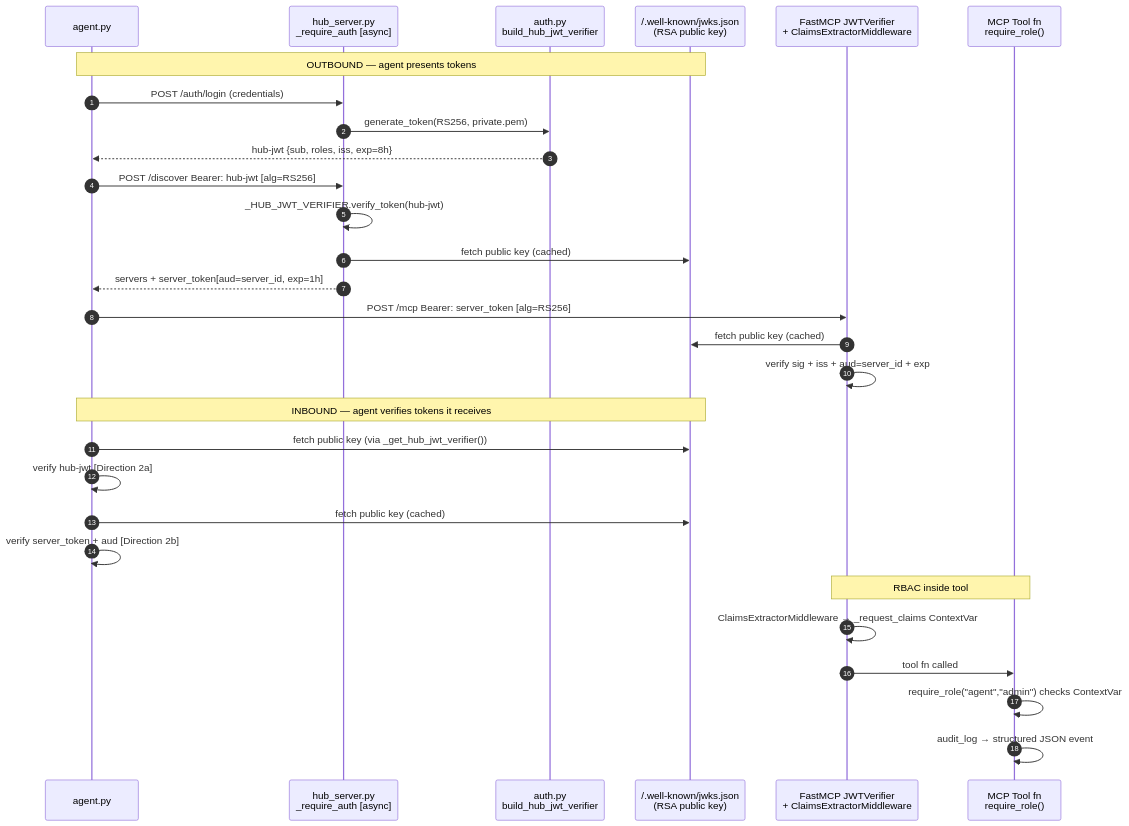
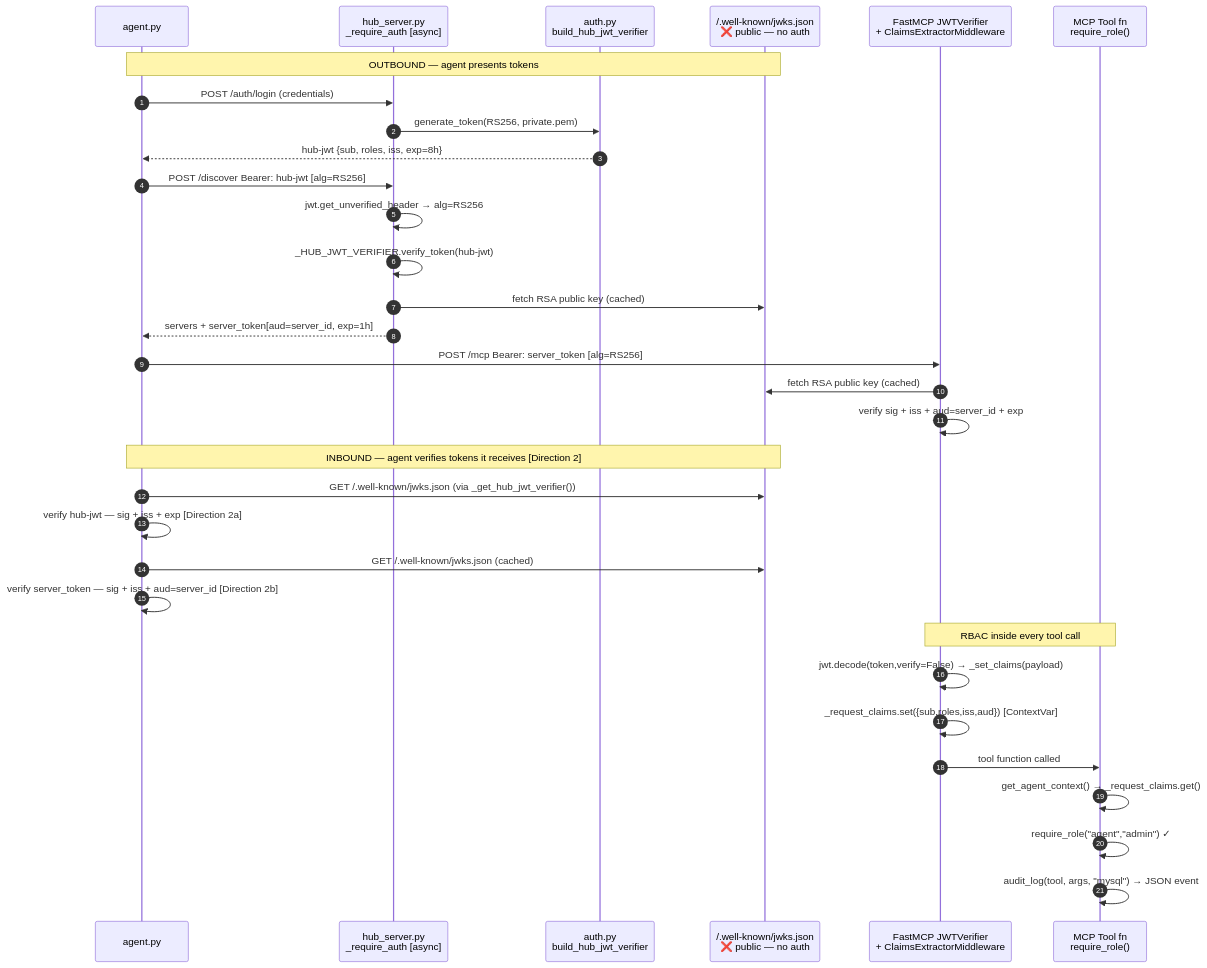
The second of 4 diagrams in CALL_GRAPH.md (manojchevula-acc/agent-mesh), drawn with Mermaid before and after one commit. The commit also changed other lines of this file, not shown here.

First line of the commit message:
docs: complete CALL_GRAPH.md — fix all 13 gaps from audit

````diff
--- a/CALL_GRAPH.md
+++ b/CALL_GRAPH.md
@@ -218,36 +430,39 @@
 ```mermaid
 sequenceDiagram
     autonumber
     participant Agent as agent.py
     participant Hub as hub_server.py<br/>_require_auth [async]
     participant Auth as auth.py<br/>build_hub_jwt_verifier
-    participant JWKS as /.well-known/jwks.json<br/>(RSA public key)
+    participant JWKS as /.well-known/jwks.json<br/>❌ public — no auth
     participant MCP as FastMCP JWTVerifier<br/>+ ClaimsExtractorMiddleware
     participant Tool as MCP Tool fn<br/>require_role()
 
     Note over Agent,JWKS: OUTBOUND — agent presents tokens
     Agent->>Hub: POST /auth/login (credentials)
     Hub->>Auth: generate_token(RS256, private.pem)
     Auth-->>Agent: hub-jwt {sub, roles, iss, exp=8h}
 
     Agent->>Hub: POST /discover  Bearer: hub-jwt  [alg=RS256]
+    Hub->>Hub: jwt.get_unverified_header → alg=RS256
     Hub->>Hub: _HUB_JWT_VERIFIER.verify_token(hub-jwt)
-    Hub->>JWKS: fetch public key (cached)
+    Hub->>JWKS: fetch RSA public key (cached)
     Hub-->>Agent: servers + server_token[aud=server_id, exp=1h]
 
     Agent->>MCP: POST /mcp  Bearer: server_token  [alg=RS256]
-    MCP->>JWKS: fetch public key (cached)
+    MCP->>JWKS: fetch RSA public key (cached)
     MCP->>MCP: verify sig + iss + aud=server_id + exp
 
-    Note over Agent,JWKS: INBOUND — agent verifies tokens it receives
-    Agent->>JWKS: fetch public key (via _get_hub_jwt_verifier())
-    Agent->>Agent: verify hub-jwt [Direction 2a]
-    Agent->>JWKS: fetch public key (cached)
-    Agent->>Agent: verify server_token + aud [Direction 2b]
+    Note over Agent,JWKS: INBOUND — agent verifies tokens it receives [Direction 2]
+    Agent->>JWKS: GET /.well-known/jwks.json (via _get_hub_jwt_verifier())
+    Agent->>Agent: verify hub-jwt — sig + iss + exp [Direction 2a]
+    Agent->>JWKS: GET /.well-known/jwks.json (cached)
+    Agent->>Agent: verify server_token — sig + iss + aud=server_id [Direction 2b]
 
-    Note over MCP,Tool: RBAC inside tool
-    MCP->>MCP: ClaimsExtractorMiddleware → _request_claims ContextVar
-    MCP->>Tool: tool fn called
-    Tool->>Tool: require_role("agent","admin") checks ContextVar
-    Tool->>Tool: audit_log → structured JSON event
+    Note over MCP,Tool: RBAC inside every tool call
+    MCP->>MCP: jwt.decode(token,verify=False) → _set_claims(payload)
+    MCP->>MCP: _request_claims.set({sub,roles,iss,aud}) [ContextVar]
+    MCP->>Tool: tool function called
+    Tool->>Tool: get_agent_context() → _request_claims.get()
+    Tool->>Tool: require_role("agent","admin") ✓
+    Tool->>Tool: audit_log(tool, args, "mysql") → JSON event
 ```
````
